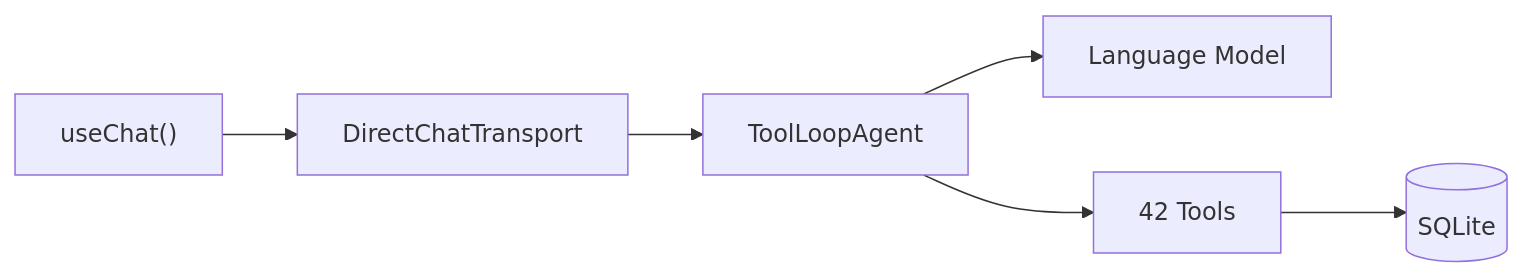
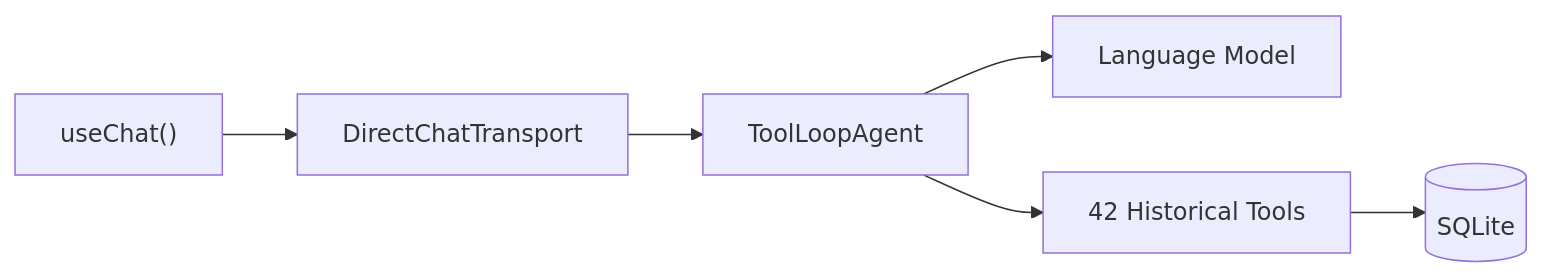
Before and after one commit to g0dxn4/Shikin: the diagram in docs/reference/AI-TOOLS.md, drawn with Mermaid. The commit also changed other lines of this file and 52 other files, not shown here.

````diff
--- a/docs/reference/AI-TOOLS.md
+++ b/docs/reference/AI-TOOLS.md
@@ -14,8 +14,8 @@
 ```mermaid
 graph LR
     useChat["useChat()"] --> DCT[DirectChatTransport]
     DCT --> TLA[ToolLoopAgent]
     TLA --> Model[Language Model]
-    TLA --> Tools["42 Tools"]
+    TLA --> Tools["42 Historical Tools"]
     Tools --> DB[(SQLite)]
 ```
````
